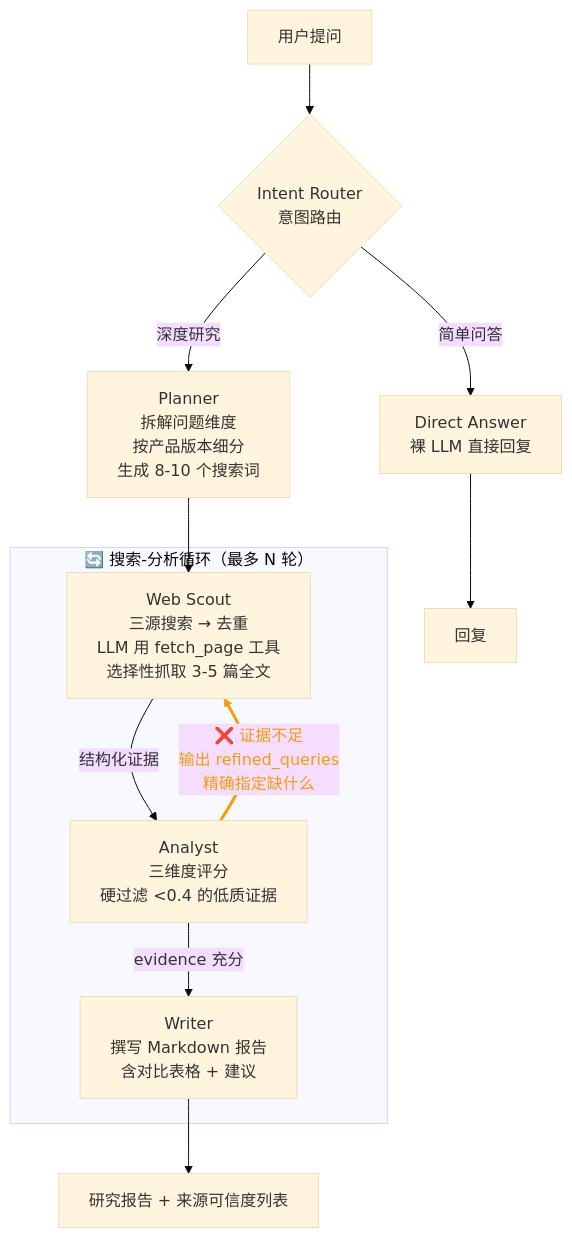
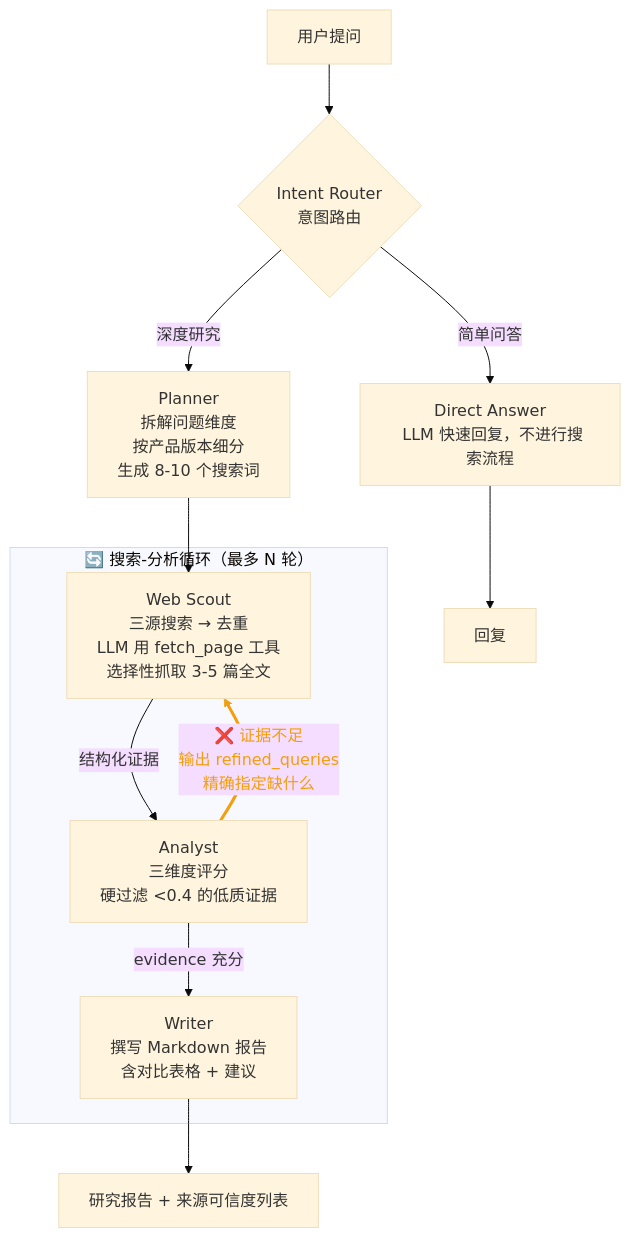
Before and after one commit to 2464404039/deep-research: the diagram in README.md, drawn with Mermaid (base theme).

````diff
--- a/README.md
+++ b/README.md
@@ -21,24 +21,24 @@
 ```mermaid
 flowchart TD
     U[用户提问] --> IR{Intent Router<br>意图路由}
 
-    IR -->|"简单问答"| DA[Direct Answer<br>裸 LLM 直接回复]
+    IR -->|"简单问答"| DA[Direct Answer<br> LLM 快速回复，不进行搜索流程]
     IR -->|"深度研究"| PL[Planner<br>拆解问题维度<br>按产品版本细分<br>生成 8-10 个搜索词]
 
     PL --> WS
 
     subgraph LOOP["🔄 搜索-分析循环（最多 N 轮）"]
         WS[Web Scout<br>三源搜索 → 去重<br>LLM 用 fetch_page 工具<br>选择性抓取 3-5 篇全文]
         WS -->|"结构化证据"| AN[Analyst<br>三维度评分<br>硬过滤 &lt;0.4 的低质证据]
 
         AN -->|"evidence 充分"| WR
         AN -->|"❌ 证据不足<br>输出 refined_queries<br>精确指定缺什么"| WS
     end
 
     WR[Writer<br>撰写 Markdown 报告<br>含对比表格 + 建议]
     DA --> OUT[回复]
     WR --> OUT2[研究报告 + 来源可信度列表]
 
     %% 高亮循环回路
     linkStyle 6 stroke:#f59e0b,stroke-width:3px,color:#f59e0b
 ```
````
